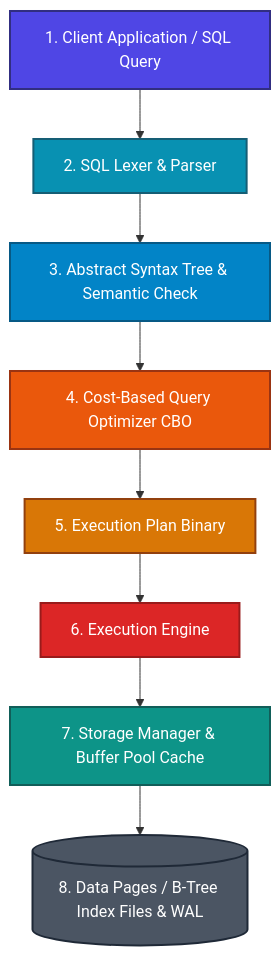
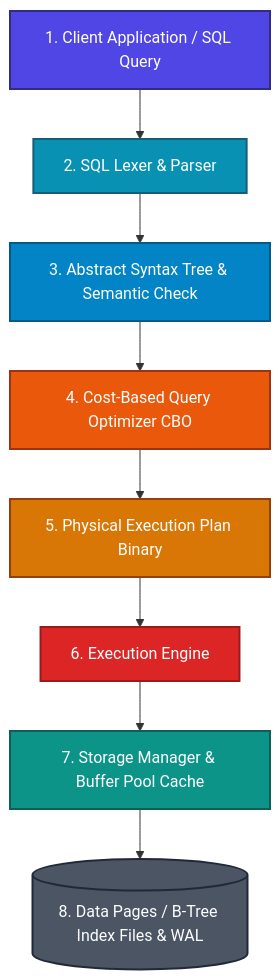
The diagram in content/docs/database/sql/index.mdx (kamranxdev/kdev-notes), drawn with Mermaid before and after one commit. The commit also changed other lines of this file and 83 other files, not shown here.

````diff
--- a/content/docs/database/sql/index.mdx
+++ b/content/docs/database/sql/index.mdx
@@ -10,19 +10,19 @@
 ```mermaid
 graph TD
     Client[1. Client Application / SQL Query] --> parser[2. SQL Lexer & Parser]
     parser --> AST[3. Abstract Syntax Tree & Semantic Check]
     AST --> optimizer[4. Cost-Based Query Optimizer CBO]
-    optimizer --> Plan[5. Execution Plan Binary]
+    optimizer --> Plan[5. Physical Execution Plan Binary]
     Plan --> exec[6. Execution Engine]
     exec --> storage[7. Storage Manager & Buffer Pool Cache]
     storage --> disk[(8. Data Pages / B-Tree Index Files & WAL)]
     
     style Client fill:#4f46e5,stroke:#312e81,stroke-width:2px,color:#fff
     style parser fill:#0891b2,stroke:#155e75,stroke-width:2px,color:#fff
     style AST fill:#0284c7,stroke:#075985,stroke-width:2px,color:#fff
     style optimizer fill:#ea580c,stroke:#9a3412,stroke-width:2px,color:#fff
     style Plan fill:#d97706,stroke:#92400e,stroke-width:2px,color:#fff
     style exec fill:#dc2626,stroke:#991b1b,stroke-width:2px,color:#fff
     style storage fill:#0d9488,stroke:#115e59,stroke-width:2px,color:#fff
     style disk fill:#4b5563,stroke:#1f2937,stroke-width:2px,color:#fff
 ```
````
